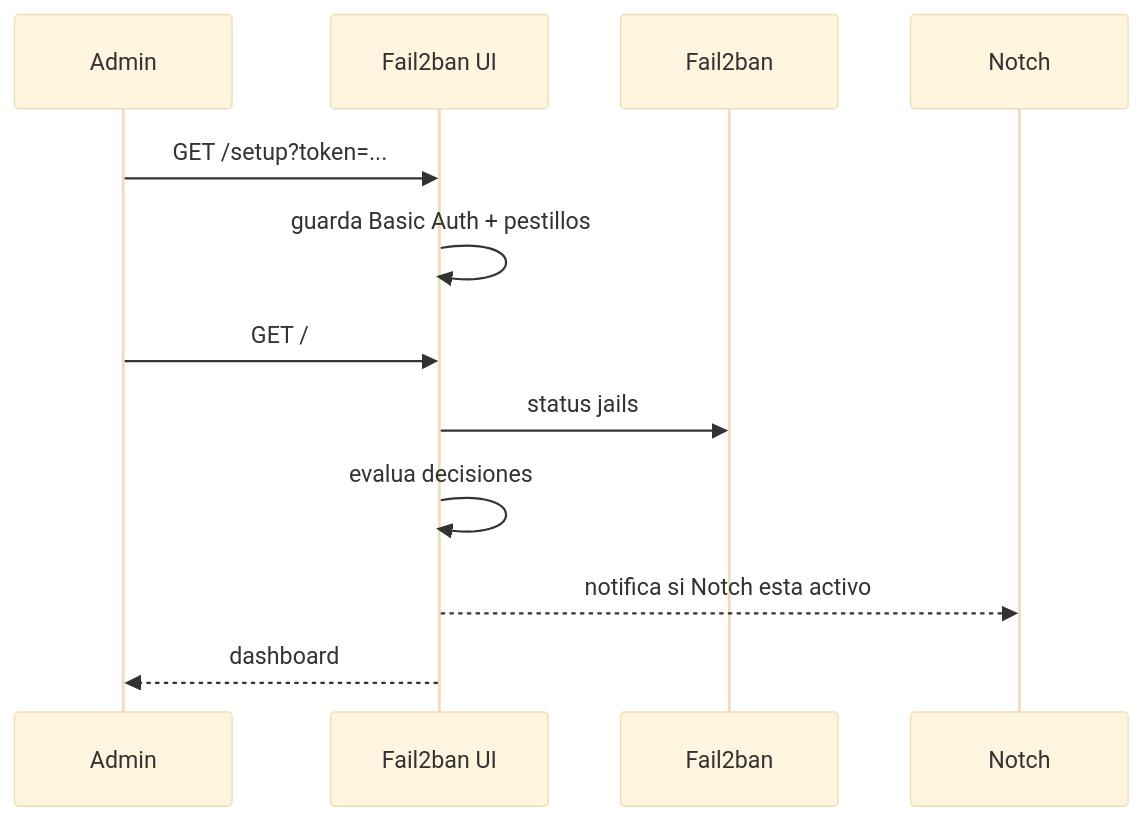
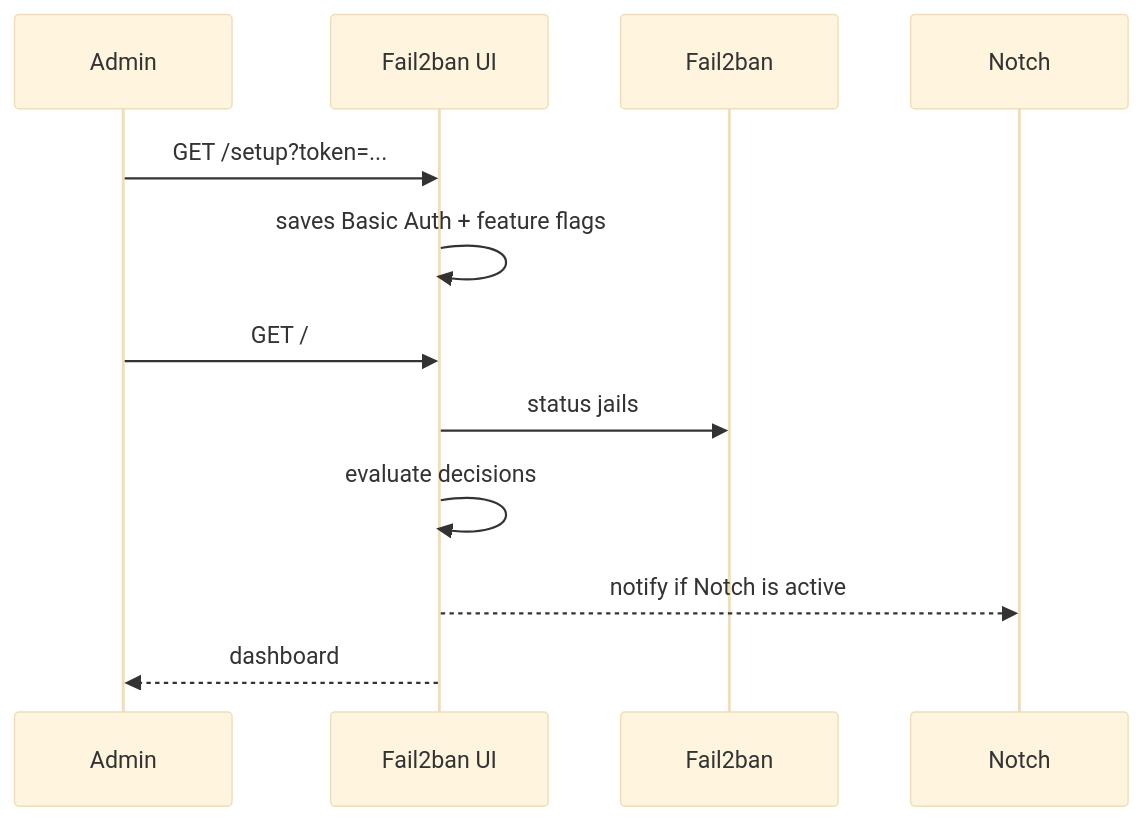
One commit to jeturing/fail2ban-ui-NGX changed the second of 2 diagrams in README.md. Above: the diagram before and after it, drawn with Mermaid (base theme). The commit also changed other lines of this file and 1 other file, not shown here.

````diff
--- a/README.md
+++ b/README.md
@@ -71,14 +89,14 @@
 ```mermaid
 sequenceDiagram
   participant A as Admin
   participant UI as Fail2ban UI
   participant F as Fail2ban
   participant N as Notch
   A->>UI: GET /setup?token=...
-  UI->>UI: guarda Basic Auth + pestillos
+  UI->>UI: saves Basic Auth + feature flags
   A->>UI: GET /
   UI->>F: status jails
-  UI->>UI: evalua decisiones
-  UI-->>N: notifica si Notch esta activo
+  UI->>UI: evaluate decisions
+  UI-->>N: notify if Notch is active
   UI-->>A: dashboard
 ```
````
